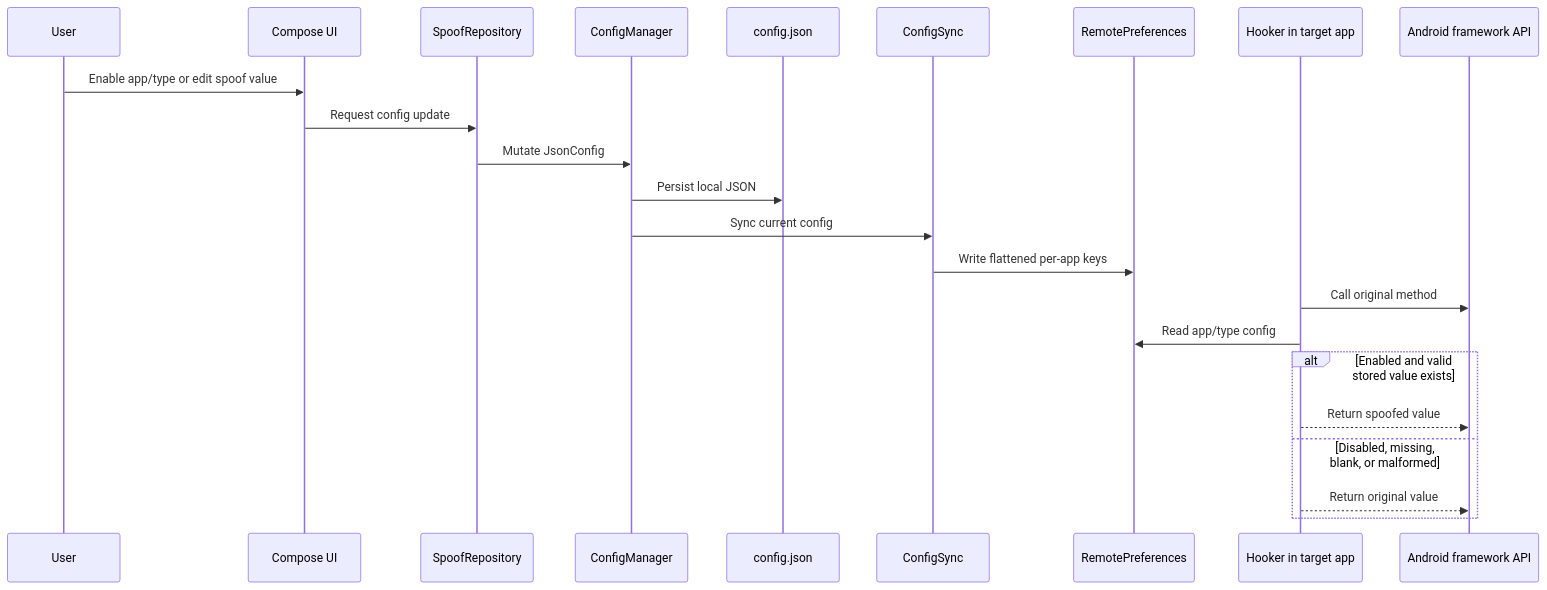
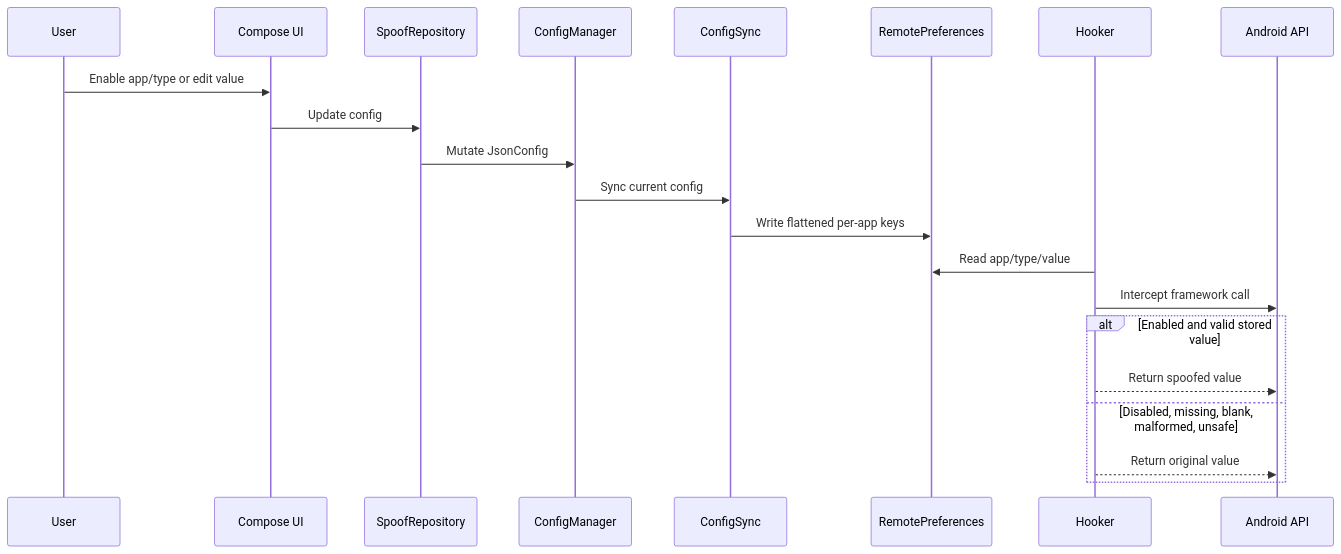
The second of 2 diagrams in AGENTS.md (mohdakil2426/Device-Masker), drawn with Mermaid before and after one commit. The commit also changed other lines of this file and 13 other files, not shown here.

````diff
--- a/AGENTS.md
+++ b/AGENTS.md
@@ -111,26 +77,24 @@
 ```mermaid
 sequenceDiagram
     participant U as User
     participant UI as Compose UI
     participant R as SpoofRepository
     participant C as ConfigManager
-    participant J as config.json
     participant S as ConfigSync
     participant P as RemotePreferences
-    participant H as Hooker in target app
-    participant API as Android framework API
+    participant H as Hooker
+    participant API as Android API
 
-    U->>UI: Enable app/type or edit spoof value
-    UI->>R: Request config update
+    U->>UI: Enable app/type or edit value
+    UI->>R: Update config
     R->>C: Mutate JsonConfig
-    C->>J: Persist local JSON
     C->>S: Sync current config
     S->>P: Write flattened per-app keys
-    H->>API: Call original method
-    H->>P: Read app/type config
-    alt Enabled and valid stored value exists
+    H->>P: Read app/type/value
+    H->>API: Intercept framework call
+    alt Enabled and valid stored value
         H-->>API: Return spoofed value
-    else Disabled, missing, blank, or malformed
+    else Disabled, missing, blank, malformed, unsafe
         H-->>API: Return original value
     end
 ```
````
